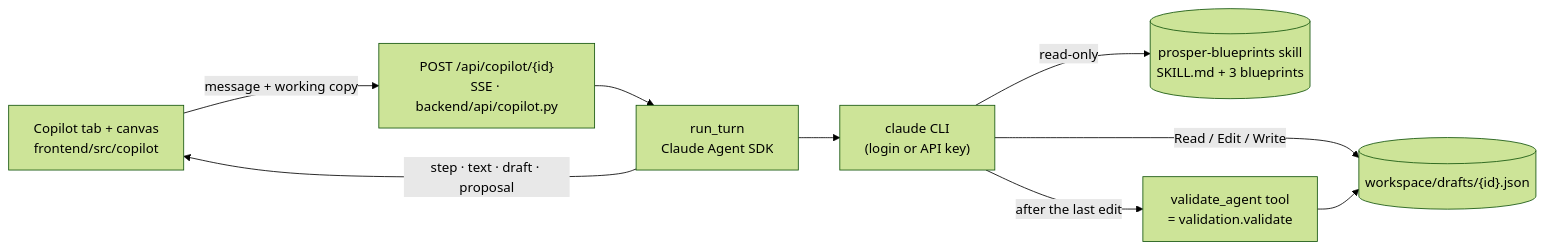
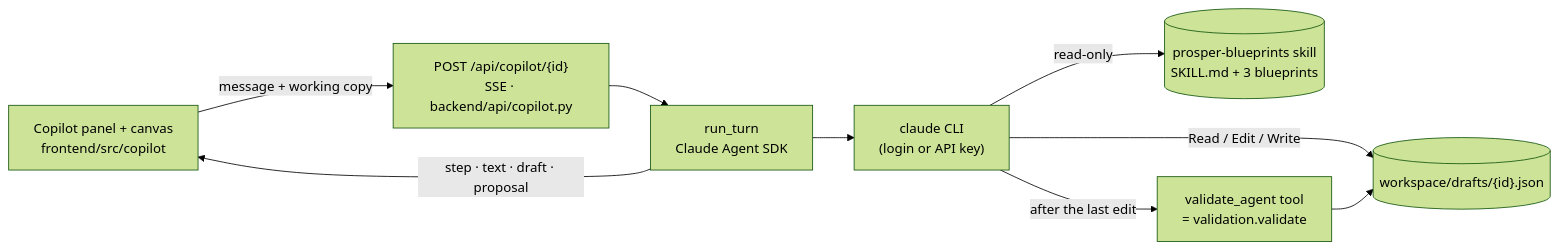
Before and after one commit to BorjaRuizdelgado/prosper-challenge-agent-copilot: the second of 3 diagrams in solution.md, drawn with Mermaid (forest theme). The commit also changed other lines of this file and 37 other files, not shown here.

````diff
--- a/solution.md
+++ b/solution.md
@@ -85,19 +85,19 @@
 ```mermaid
 flowchart LR
-    Panel["Copilot tab + canvas<br/>frontend/src/copilot"]
+    Panel["Copilot panel + canvas<br/>frontend/src/copilot"]
     Endpoint["POST /api/copilot/{id}<br/>SSE · backend/api/copilot.py"]
     Runner["run_turn<br/>Claude Agent SDK"]
     CLI["claude CLI<br/>(login or API key)"]
     Draft[("workspace/drafts/{id}.json")]
     Skill[("prosper-blueprints skill<br/>SKILL.md + 3 blueprints")]
     Validate["validate_agent tool<br/>= validation.validate"]
 
     Panel -- "message + working copy" --> Endpoint
     Endpoint --> Runner
     Runner --> CLI
     CLI -- "Read / Edit / Write" --> Draft
     CLI -- "read-only" --> Skill
     CLI -- "after the last edit" --> Validate
     Validate --> Draft
     Runner -- "step · text · draft · proposal" --> Panel
 ```
````
